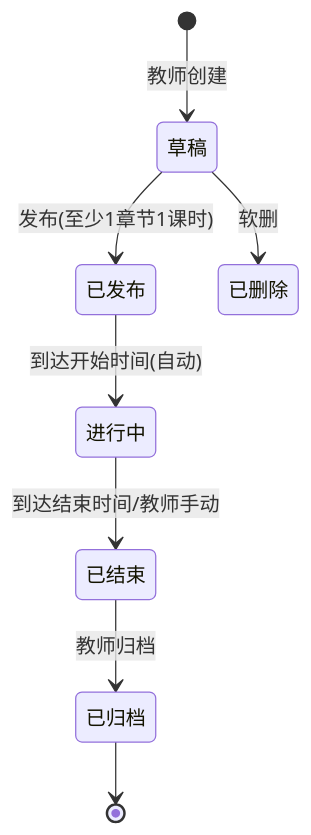
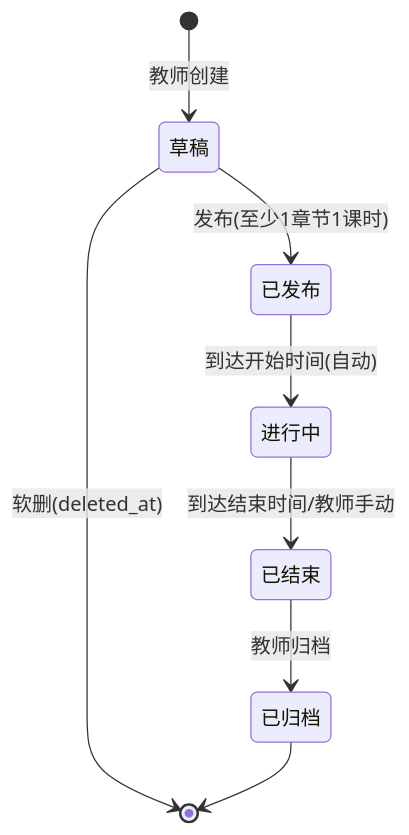
One commit to menghuishisan/CHAIMIR changed the first of 7 diagrams in docs/06-教学/05-业务流程与状态机.md. Above: the diagram before and after it, drawn with Mermaid. The commit also changed other lines of this file and 340 other files, not shown here.

````diff
--- a/docs/06-教学/05-业务流程与状态机.md
+++ b/docs/06-教学/05-业务流程与状态机.md
@@ -10,10 +10,10 @@
 ```mermaid
 stateDiagram-v2
     [*] --> 草稿: 教师创建
     草稿 --> 已发布: 发布(至少1章节1课时)
-    草稿 --> 已删除: 软删
+    草稿 --> [*]: 软删(deleted_at)
     已发布 --> 进行中: 到达开始时间(自动)
     进行中 --> 已结束: 到达结束时间/教师手动
     已结束 --> 已归档: 教师归档
     已归档 --> [*]
 ```
````
